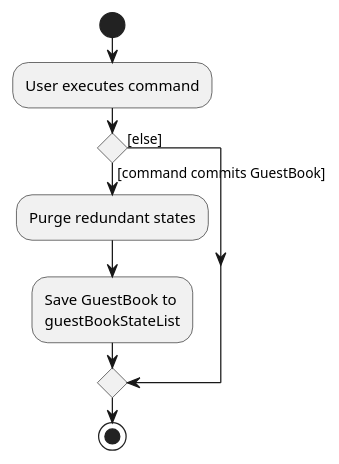
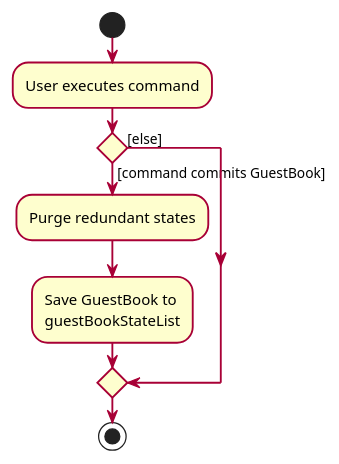
One commit to nus-cs2103-AY2223S1/tp changed the diagram in docs/diagrams/CommitActivityDiagram.puml. Above: the diagram before and after it, drawn with PlantUML. The commit also changed 5 other files, not shown here.

Commit message:
Update diagrams for the Developer Guide, add explanations

```diff
--- a/docs/diagrams/CommitActivityDiagram.puml
+++ b/docs/diagrams/CommitActivityDiagram.puml
@@ -1,15 +1,23 @@
 @startuml
+
+skinparam activity {
+    ArrowColor #A80036
+    BackgroundColor #FEFECE
+    BorderColor #A80036
+    BorderThickness 1.5
+}
+
 start
 :User executes command;
 
 'Since the beta syntax does not support placing the condition outside the
 'diamond we place it as the true branch instead.
 
 if () then ([command commits GuestBook])
     :Purge redundant states;
     :Save GuestBook to
     guestBookStateList;
 else ([else])
 endif
 stop
 @enduml
```
